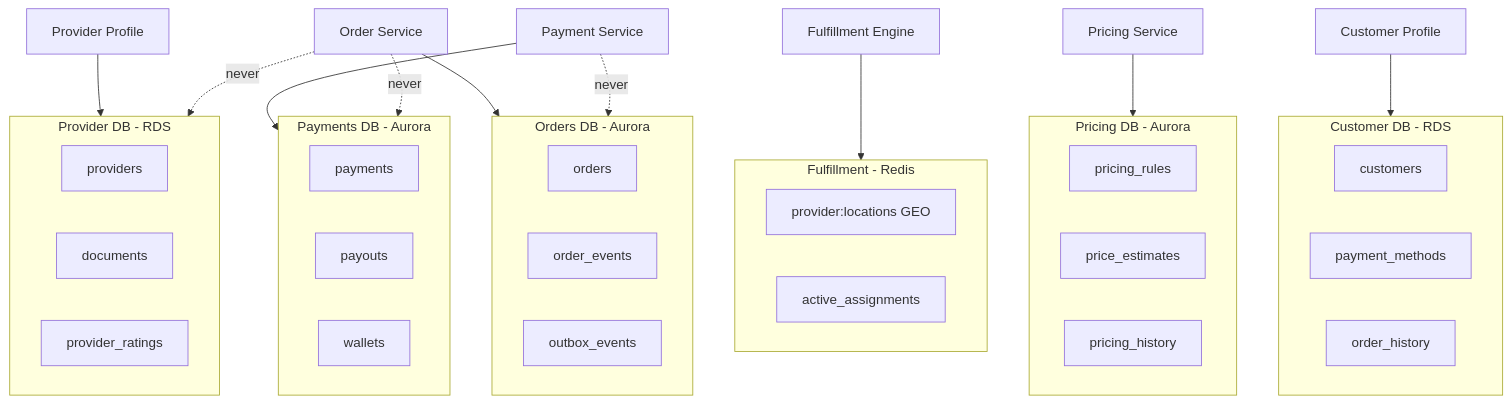
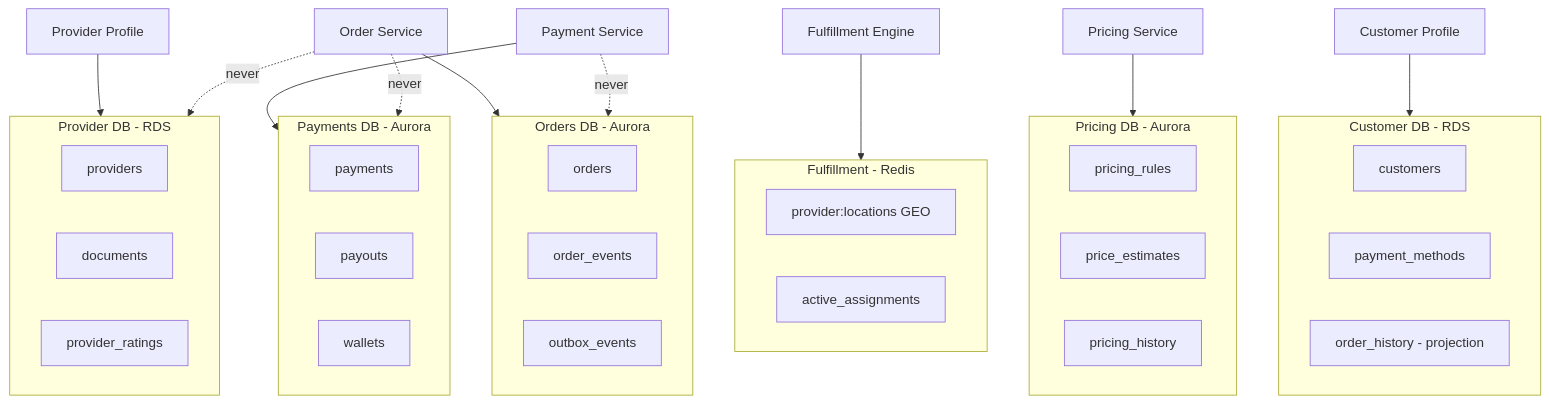
One commit to rishikeshdhokare/platform-manifesto changed the third of 3 diagrams in 11-domain-catalog/README.md. Above: the diagram before and after it, drawn with Mermaid. The commit also changed other lines of this file and 1 other file, not shown here.

Commit message:
fix: annotate order_history as a read-model projection
The domain catalog diagram showed order_history in the Customer DB
without clarifying it is a projection, not aggregate ownership.
Annotated the diagram node, added an explanatory note below the diagram,
and added a callout in the customer profile doc explaining the
projection pattern and that Order Service remains source of truth.

Fixes #62

Made-with: Cursor

````diff
--- a/11-domain-catalog/README.md
+++ b/11-domain-catalog/README.md
@@ -89,48 +89,48 @@
 ```mermaid
 flowchart TB
     subgraph orders_db [Orders DB - Aurora]
         orders_table[orders]
         order_events[order_events]
         outbox[outbox_events]
     end
 
     subgraph fulfillment_store [Fulfillment - Redis]
         provider_locations[provider:locations GEO]
         active_assignments[active_assignments]
     end
 
     subgraph pricing_db [Pricing DB - Aurora]
         pricing_rules[pricing_rules]
         price_estimates[price_estimates]
         pricing_history[pricing_history]
     end
 
     subgraph provider_db [Provider DB - RDS]
         providers[providers]
         documents[documents]
         ratings[provider_ratings]
     end
 
     subgraph customer_db [Customer DB - RDS]
         customers[customers]
         payment_methods[payment_methods]
-        order_history[order_history]
+        order_history[order_history - projection]
     end
 
     subgraph payments_db [Payments DB - Aurora]
         payments[payments]
         payouts[payouts]
         wallets[wallets]
     end
 
     OrderService[Order Service] --> orders_db
     FulfillmentEngine[Fulfillment Engine] --> fulfillment_store
     PricingService[Pricing Service] --> pricing_db
     ProviderProfile[Provider Profile] --> provider_db
     CustomerProfile[Customer Profile] --> customer_db
     PaymentService[Payment Service] --> payments_db
 
     OrderService -.->|"never"| provider_db
     OrderService -.->|"never"| payments_db
     PaymentService -.->|"never"| orders_db
 ```
````
